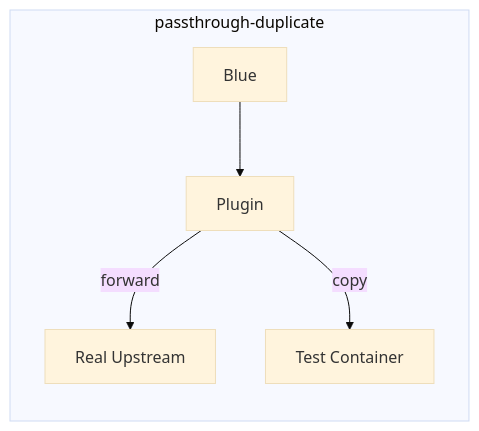
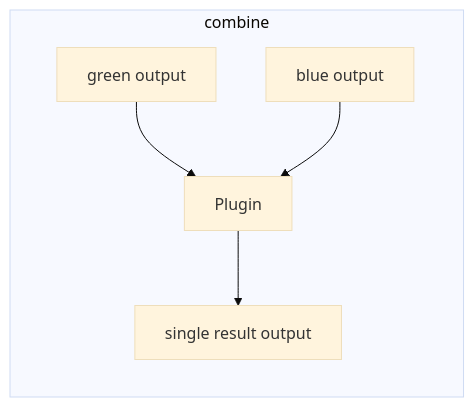
One commit to dlahmad/fluidbgoperator changed the third of 12 diagrams in ARCHITECTURE.md. Above: the diagram before and after it, drawn with Mermaid (base theme). The commit also changed other lines of this file and 40 other files, not shown here.

````diff
--- a/ARCHITECTURE.md
+++ b/ARCHITECTURE.md
@@ -81,8 +97,8 @@
 ```mermaid
 flowchart LR
-    subgraph PD["passthrough-duplicate"]
-        PD1["Blue"] --> PD2["Plugin"]
-        PD2 -->|forward| PD3["Real Upstream"]
-        PD2 -->|copy| PD4["Test Container"]
+    subgraph C["combine"]
+        C1["green output"] --> C3["Plugin"]
+        C2["blue output"] --> C3
+        C3 --> C4["single result output"]
     end
 ```
````
